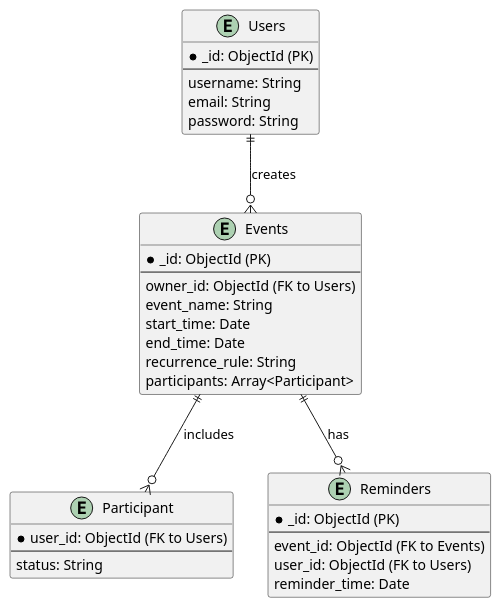
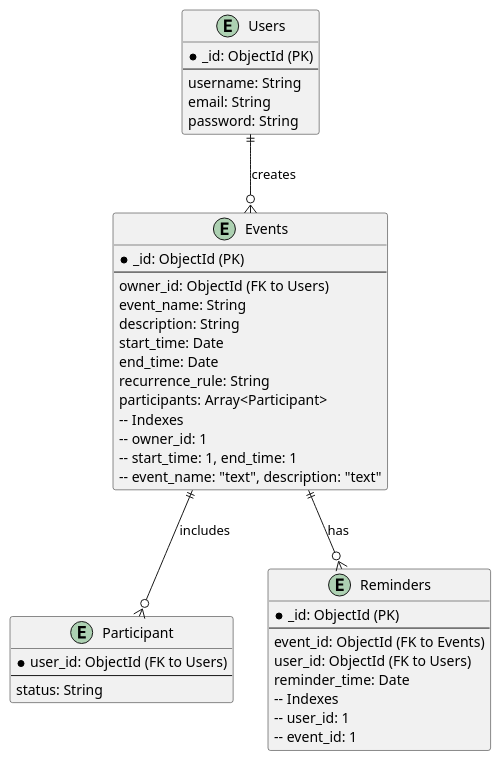
One commit to huangyingw/system_design changed the diagram in high_traffic_calendar/high_traffic_calendar_mongodb_design.puml. Above: the diagram before and after it, drawn with PlantUML.

```diff
--- a/high_traffic_calendar/high_traffic_calendar_mongodb_design.puml
+++ b/high_traffic_calendar/high_traffic_calendar_mongodb_design.puml
@@ -1,40 +1,48 @@
 @startuml
 
 entity "Users" as U {
   *_id: ObjectId (PK)
   --
   username: String
   email: String
   password: String
 }
 
 entity "Events" as E {
   *_id: ObjectId (PK)
   --
   owner_id: ObjectId (FK to Users)
   event_name: String
+  description: String
   start_time: Date
   end_time: Date
   recurrence_rule: String
   participants: Array<Participant>
+  -- Indexes
+  -- owner_id: 1
+  -- start_time: 1, end_time: 1
+  -- event_name: "text", description: "text"
 }
 
 entity "Participant" as P {
   *user_id: ObjectId (FK to Users)
   --
   status: String
 }
 
 entity "Reminders" as R {
   *_id: ObjectId (PK)
   --
   event_id: ObjectId (FK to Events)
   user_id: ObjectId (FK to Users)
   reminder_time: Date
+  -- Indexes
+  -- user_id: 1
+  -- event_id: 1
 }
 
 U ||--o{ E : creates
 E ||--o{ P : includes
 E ||--o{ R : has
 
 @enduml
```
